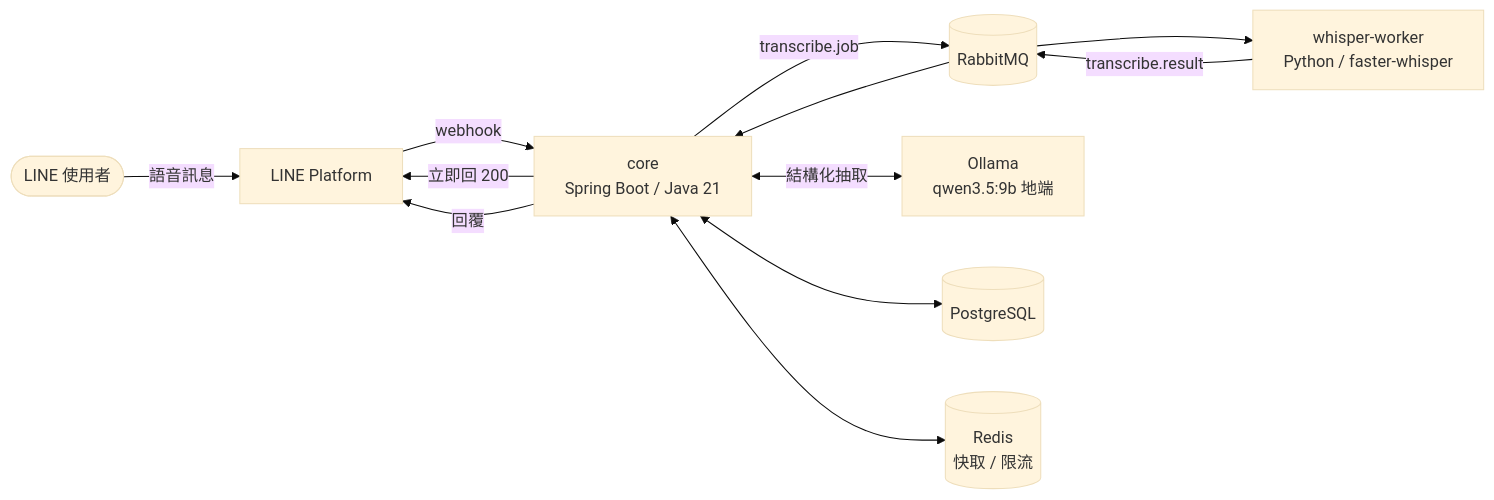
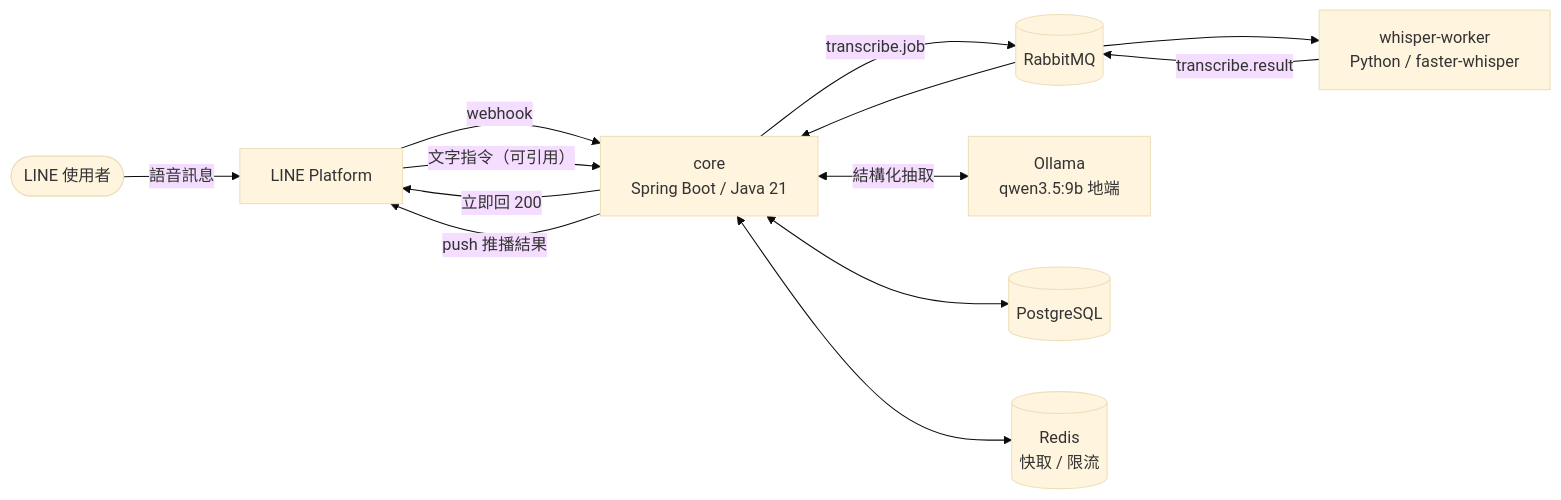
Before and after one commit to chil2020/svra: the diagram in README.md, drawn with Mermaid (base theme). The commit also changed other lines of this file and 5 other files, not shown here.

````diff
--- a/README.md
+++ b/README.md
@@ -46,14 +49,15 @@
 ```mermaid
 flowchart LR
     U([LINE 使用者]) -->|語音訊息| LINE[LINE Platform]
     LINE -->|webhook| CORE[core<br/>Spring Boot / Java 21]
     CORE -->|立即回 200| LINE
     CORE -->|transcribe.job| MQ[(RabbitMQ)]
     MQ --> W[whisper-worker<br/>Python / faster-whisper]
     W -->|transcribe.result| MQ
     MQ --> CORE
     CORE <-->|結構化抽取| LLM[Ollama<br/>qwen3.5:9b 地端]
     CORE <--> PG[(PostgreSQL)]
     CORE <--> RD[(Redis<br/>快取 / 限流)]
-    CORE -->|回覆| LINE
+    CORE -->|push 推播結果| LINE
+    LINE -->|文字指令（可引用）| CORE
 ```
````
